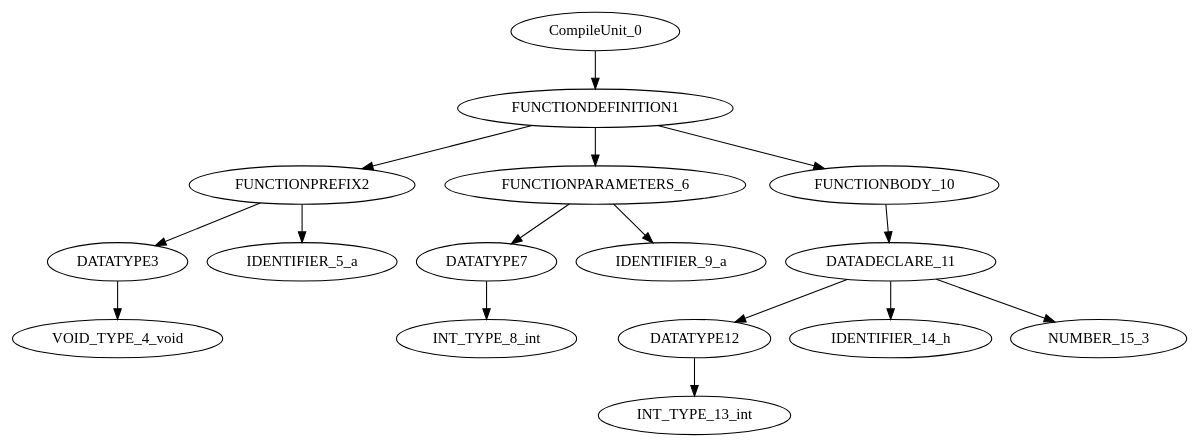
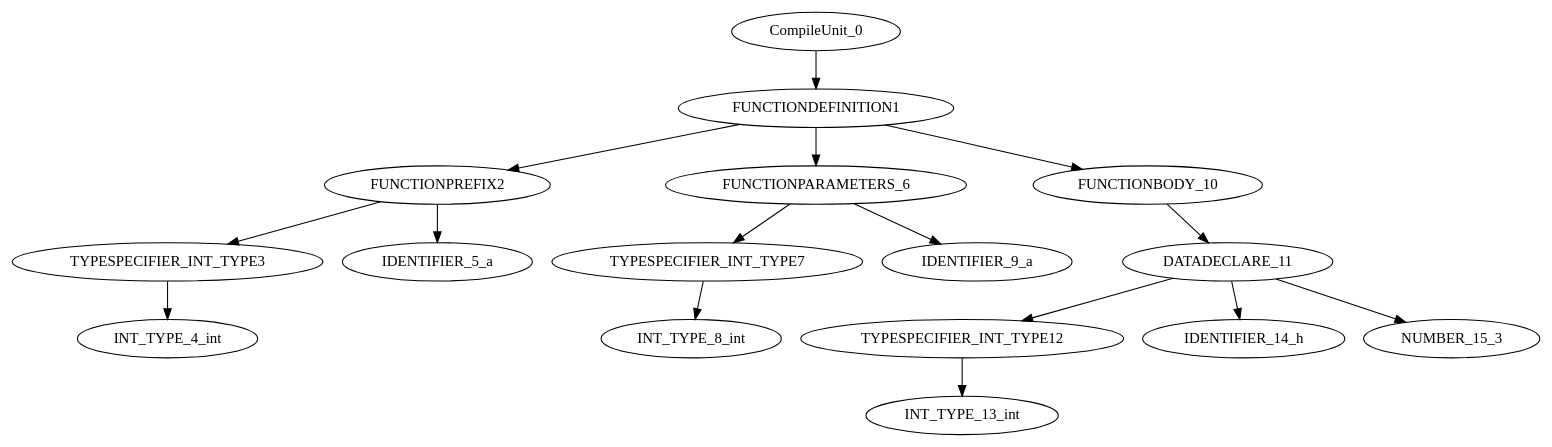
Before and after one commit to vasilismoulas/Compiler-C2ASM: the diagram in C2ASM/TestBench/SyntaxTree.dot, drawn with Graphviz. The commit also changed 72 other files, not shown here.

```diff
--- a/C2ASM/TestBench/SyntaxTree.dot
+++ b/C2ASM/TestBench/SyntaxTree.dot
@@ -1,17 +1,17 @@
 digraph G{
 "CompileUnit_0"->"FUNCTIONDEFINITION1";
 "FUNCTIONDEFINITION1"->"FUNCTIONPREFIX2";
-"FUNCTIONPREFIX2"->"DATATYPE3";
-"DATATYPE3"->"VOID_TYPE_4_void";
+"FUNCTIONPREFIX2"->"TYPESPECIFIER_INT_TYPE3";
+"TYPESPECIFIER_INT_TYPE3"->"INT_TYPE_4_int";
 "FUNCTIONPREFIX2"->"IDENTIFIER_5_a";
 "FUNCTIONDEFINITION1"->"FUNCTIONPARAMETERS_6";
-"FUNCTIONPARAMETERS_6"->"DATATYPE7";
-"DATATYPE7"->"INT_TYPE_8_int";
+"FUNCTIONPARAMETERS_6"->"TYPESPECIFIER_INT_TYPE7";
+"TYPESPECIFIER_INT_TYPE7"->"INT_TYPE_8_int";
 "FUNCTIONPARAMETERS_6"->"IDENTIFIER_9_a";
 "FUNCTIONDEFINITION1"->"FUNCTIONBODY_10";
 "FUNCTIONBODY_10"->"DATADECLARE_11";
-"DATADECLARE_11"->"DATATYPE12";
-"DATATYPE12"->"INT_TYPE_13_int";
+"DATADECLARE_11"->"TYPESPECIFIER_INT_TYPE12";
+"TYPESPECIFIER_INT_TYPE12"->"INT_TYPE_13_int";
 "DATADECLARE_11"->"IDENTIFIER_14_h";
 "DATADECLARE_11"->"NUMBER_15_3";
 }
```
